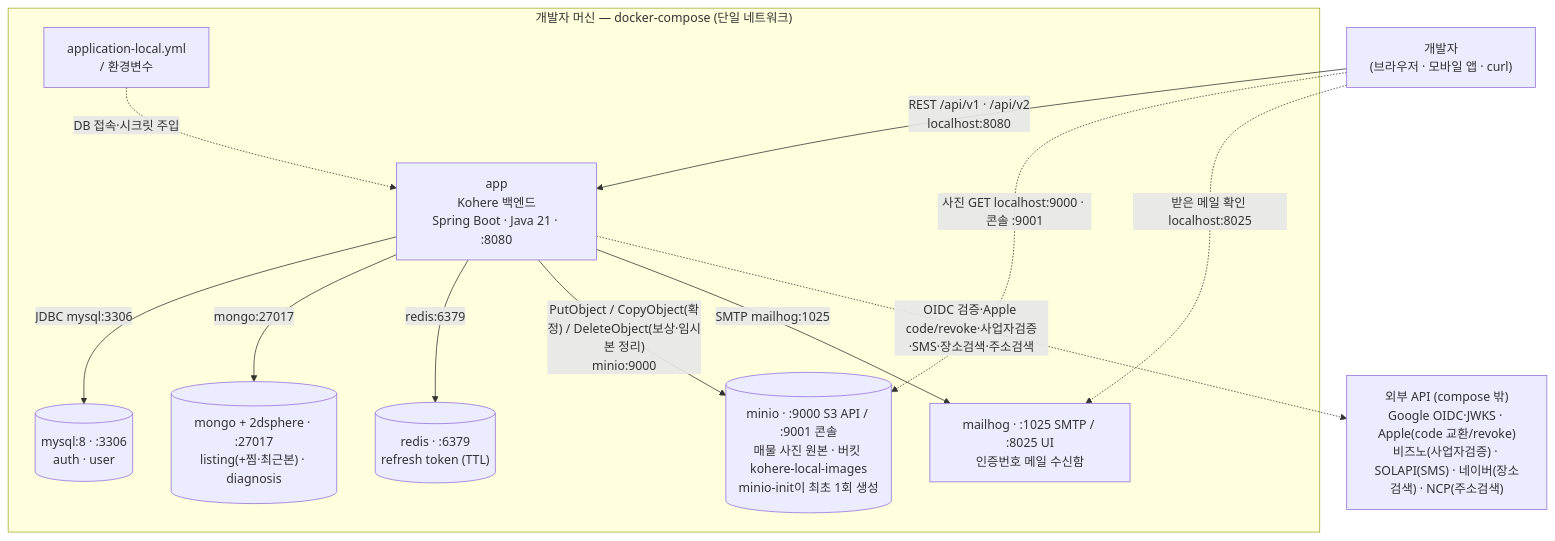
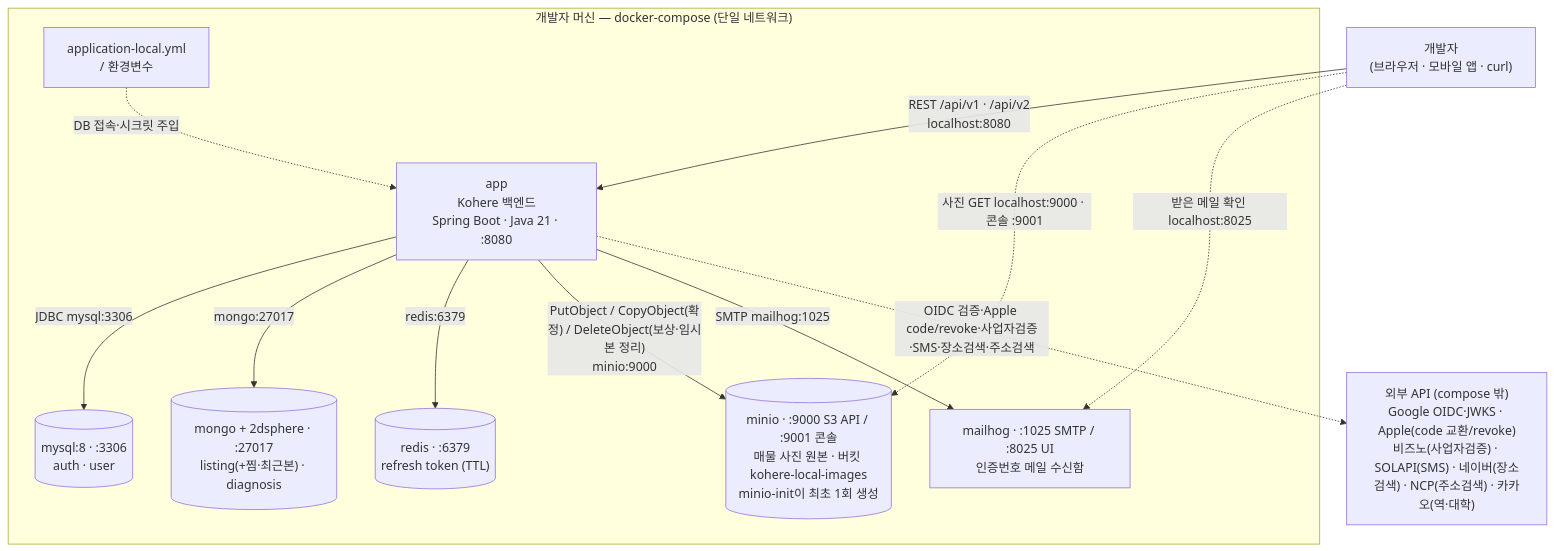
The third of 5 diagrams in docs/architecture/system-overview.md (jameskim9509/Kohere-backend), drawn with Mermaid before and after one commit. The commit also changed other lines of this file and 7 other files, not shown here.

````diff
--- a/docs/architecture/system-overview.md
+++ b/docs/architecture/system-overview.md
@@ -155,27 +157,27 @@
 ```mermaid
 flowchart TB
     DEV["개발자<br/>(브라우저 · 모바일 앱 · curl)"]
 
     subgraph Host["개발자 머신 — docker-compose (단일 네트워크)"]
       APP["app<br/>Kohere 백엔드<br/>Spring Boot · Java 21 · :8080"]
       CFG["application-local.yml<br/>/ 환경변수"]
       MYSQL[("mysql:8 · :3306<br/>auth · user")]
       MONGO[("mongo + 2dsphere · :27017<br/>listing(+찜·최근본) · diagnosis")]
       REDIS[("redis · :6379<br/>refresh token (TTL)")]
       MINIO[("minio · :9000 S3 API / :9001 콘솔<br/>매물 사진 원본 · 버킷 kohere-local-images<br/>minio-init이 최초 1회 생성")]
       MAILHOG["mailhog · :1025 SMTP / :8025 UI<br/>인증번호 메일 수신함"]
     end
 
-    EXT["외부 API (compose 밖)<br/>Google OIDC·JWKS · Apple(code 교환/revoke)<br/>비즈노(사업자검증) · SOLAPI(SMS) · 네이버(장소검색) · NCP(주소검색)"]
+    EXT["외부 API (compose 밖)<br/>Google OIDC·JWKS · Apple(code 교환/revoke)<br/>비즈노(사업자검증) · SOLAPI(SMS) · 네이버(장소검색) · NCP(주소검색) · 카카오(역·대학)"]
 
     DEV -- "REST /api/v1 · /api/v2<br/>localhost:8080" --> APP
     CFG -. "DB 접속·시크릿 주입" .-> APP
     APP -- "JDBC  mysql:3306" --> MYSQL
     APP -- "mongo:27017" --> MONGO
     APP -- "redis:6379" --> REDIS
     APP -- "PutObject / CopyObject(확정) / DeleteObject(보상·임시본 정리)<br/>minio:9000" --> MINIO
     APP -- "SMTP  mailhog:1025" --> MAILHOG
     DEV -. "사진 GET localhost:9000 · 콘솔 :9001" .-> MINIO
     DEV -. "받은 메일 확인 localhost:8025" .-> MAILHOG
     APP -. "OIDC 검증·Apple code/revoke·사업자검증·SMS·장소검색·주소검색" .-> EXT
 ```
````
